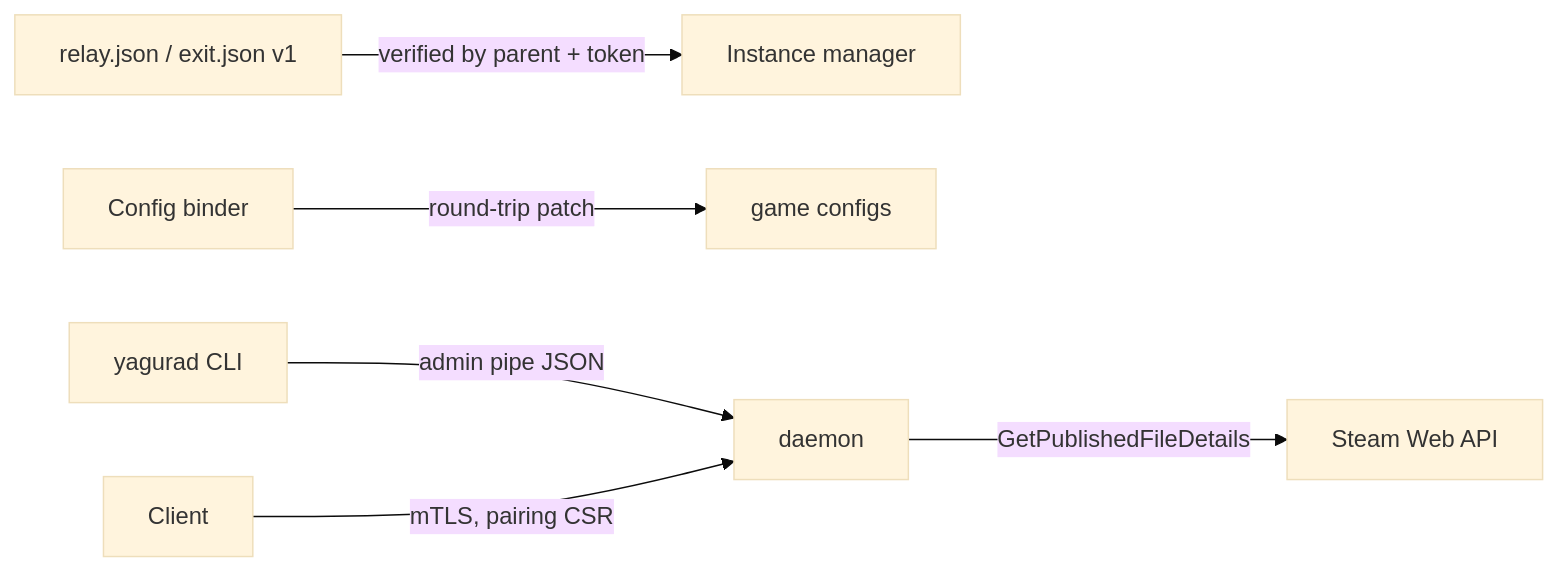
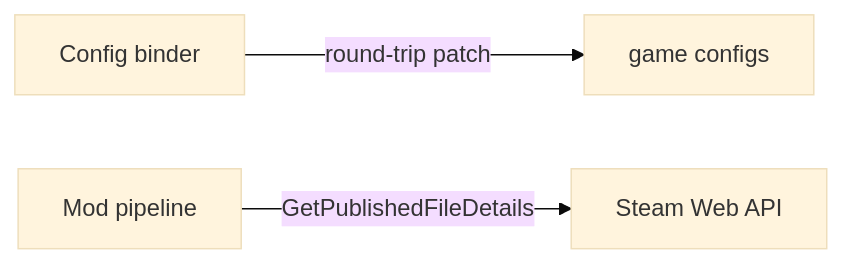
The third of 3 diagrams in openspec/changes/platform-backlog/design.md (sh1ny/yagura), drawn with Mermaid (base theme) before and after one commit. The commit also changed other lines of this file and 11 other files, not shown here.

````diff
--- a/openspec/changes/platform-backlog/design.md
+++ b/openspec/changes/platform-backlog/design.md
@@ -122,8 +101,5 @@
 ```mermaid
 flowchart LR
-  RL[relay.json / exit.json v1] -->|verified by parent + token| IM[Instance manager]
   CB[Config binder] -->|round-trip patch| CF[game configs]
-  ADM[yagurad CLI] -->|admin pipe JSON| D[daemon]
-  CL[Client] -->|mTLS, pairing CSR| D
-  D -->|GetPublishedFileDetails| SWA[Steam Web API]
+  MP[Mod pipeline] -->|GetPublishedFileDetails| SWA[Steam Web API]
 ```
````
